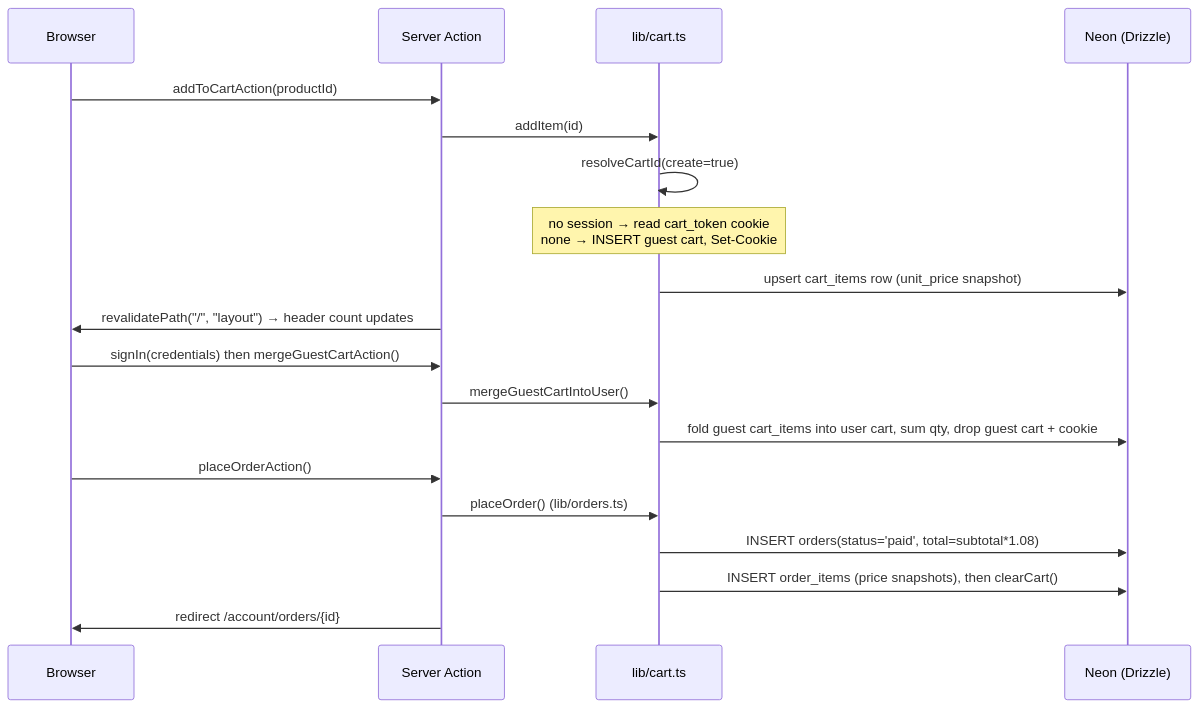
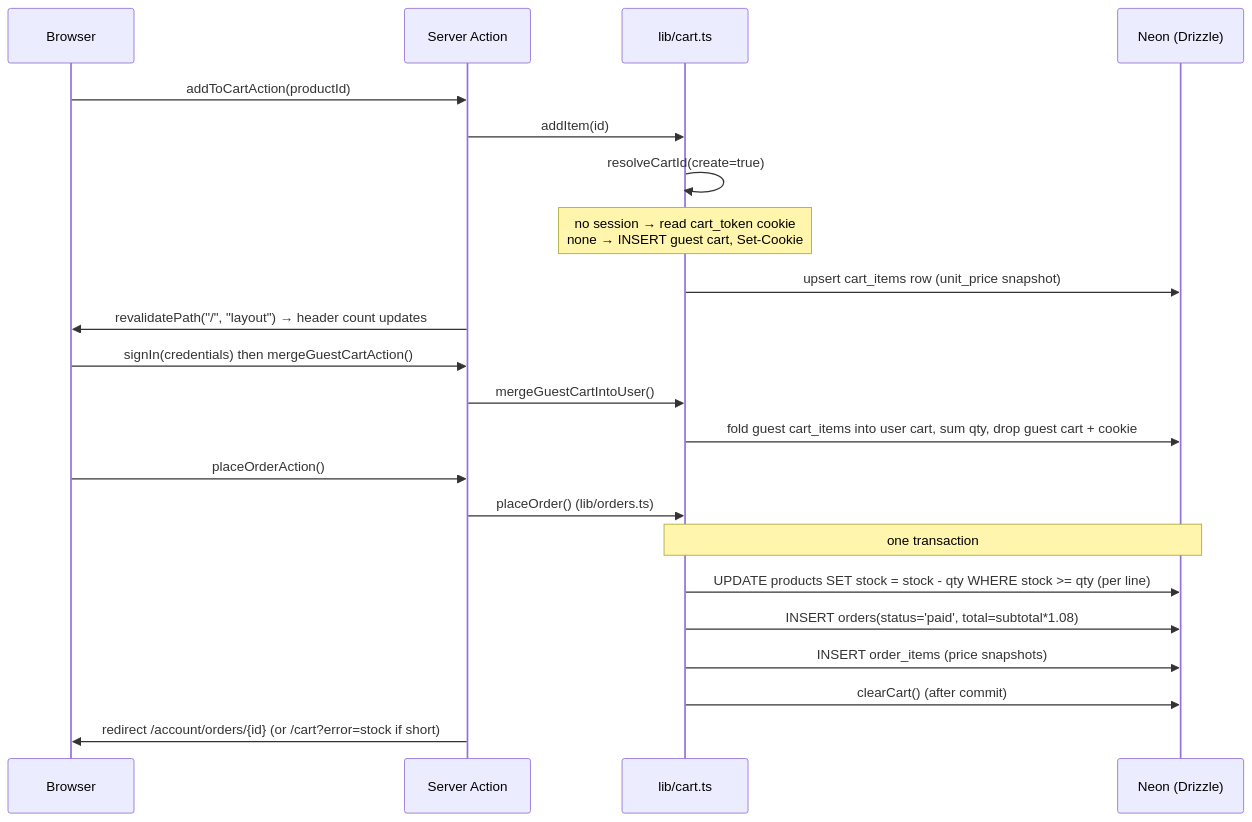
One commit to in43sh/homebuzz changed the second of 3 diagrams in TECHNICAL_GUIDE.md. Above: the diagram before and after it, drawn with Mermaid. The commit also changed other lines of this file and 10 other files, not shown here.

````diff
--- a/TECHNICAL_GUIDE.md
+++ b/TECHNICAL_GUIDE.md
@@ -73,24 +73,27 @@
 ```mermaid
 sequenceDiagram
   participant U as Browser
   participant A as Server Action
   participant C as lib/cart.ts
   participant DB as Neon (Drizzle)
 
   U->>A: addToCartAction(productId)
   A->>C: addItem(id)
   C->>C: resolveCartId(create=true)
   Note over C: no session → read cart_token cookie<br/>none → INSERT guest cart, Set-Cookie
   C->>DB: upsert cart_items row (unit_price snapshot)
   A->>U: revalidatePath("/", "layout") → header count updates
 
   U->>A: signIn(credentials) then mergeGuestCartAction()
   A->>C: mergeGuestCartIntoUser()
   C->>DB: fold guest cart_items into user cart, sum qty, drop guest cart + cookie
 
   U->>A: placeOrderAction()
   A->>C: placeOrder() (lib/orders.ts)
+  Note over C,DB: one transaction
+  C->>DB: UPDATE products SET stock = stock - qty WHERE stock >= qty (per line)
   C->>DB: INSERT orders(status='paid', total=subtotal*1.08)
-  C->>DB: INSERT order_items (price snapshots), then clearCart()
-  A->>U: redirect /account/orders/{id}
+  C->>DB: INSERT order_items (price snapshots)
+  C->>DB: clearCart() (after commit)
+  A->>U: redirect /account/orders/{id} (or /cart?error=stock if short)
 ```
````
